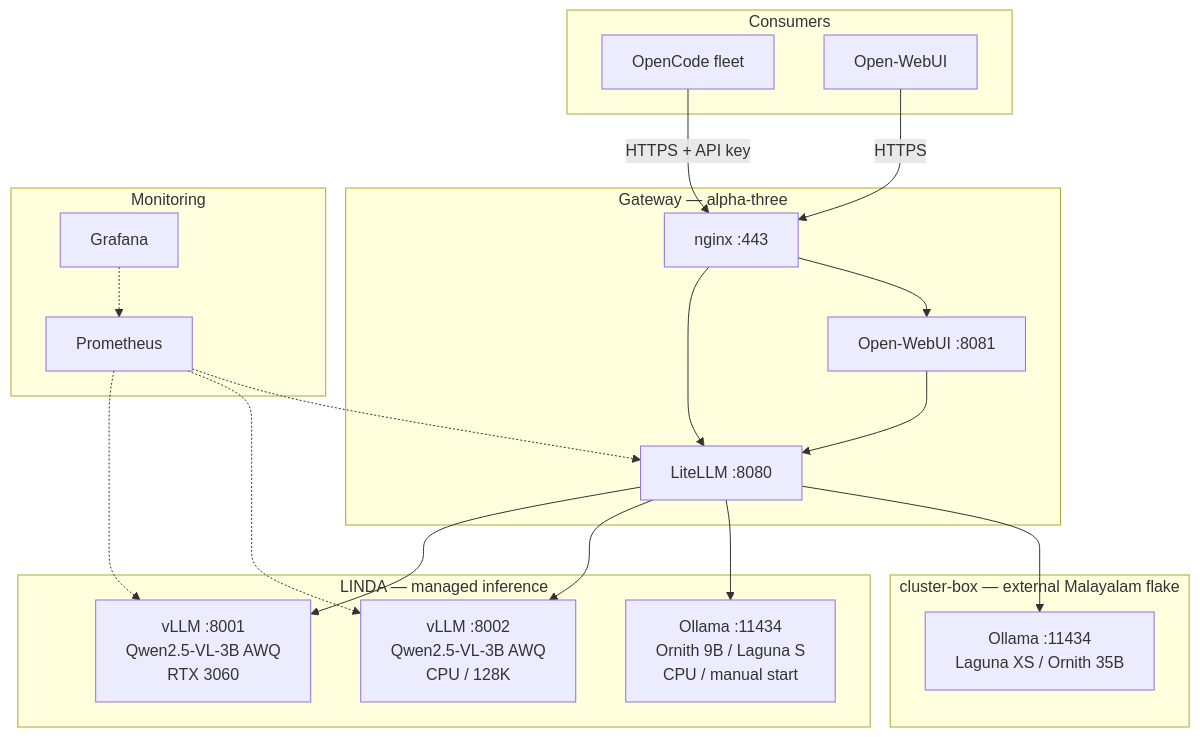
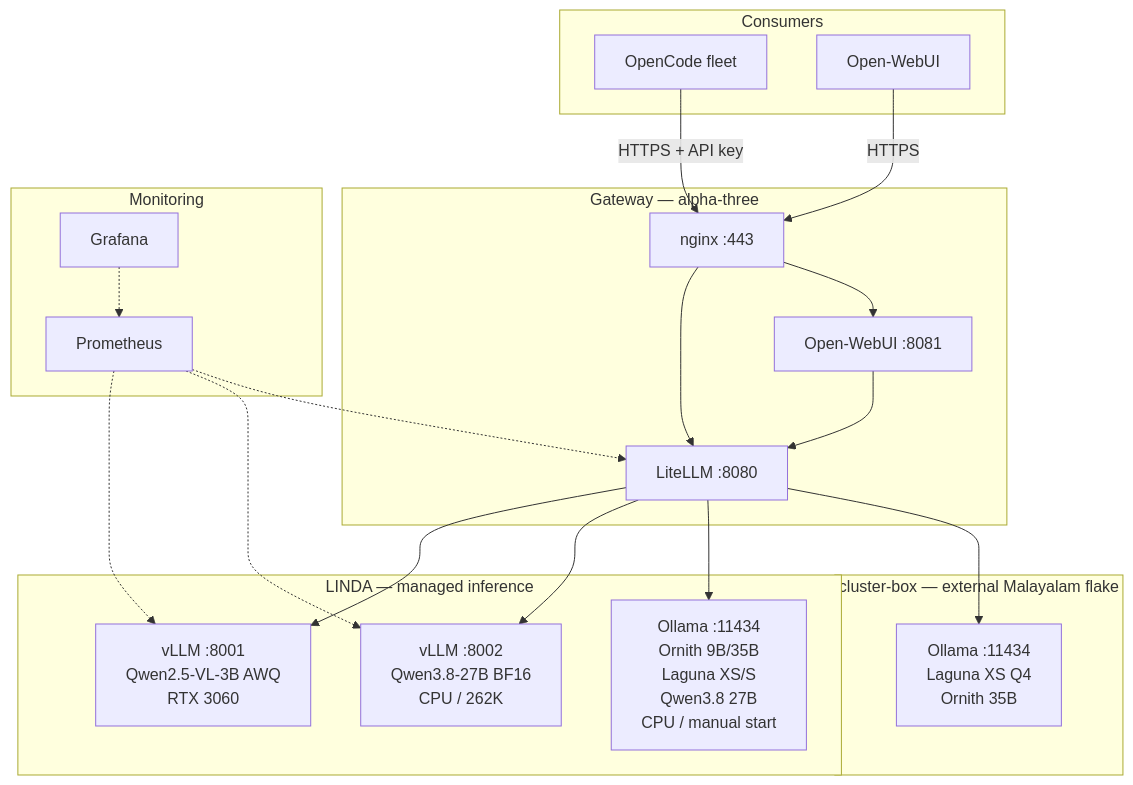
One commit to DarthPJB/NixOS-Configuration changed the diagram in documentation/ai-stack.md. Above: the diagram before and after it, drawn with Mermaid. The commit also changed other lines of this file and 1 other file, not shown here.

````diff
--- a/documentation/ai-stack.md
+++ b/documentation/ai-stack.md
@@ -17,42 +17,42 @@
 ```mermaid
 graph TB
     subgraph Consumers
         FLEET["OpenCode fleet"]
         BROWSER["Open-WebUI"]
     end
 
     subgraph "Gateway — alpha-three"
         NGINX["nginx :443"]
         LITELLM["LiteLLM :8080"]
         WEBUI["Open-WebUI :8081"]
     end
 
     subgraph "LINDA — managed inference"
         GPU["vLLM :8001<br/>Qwen2.5-VL-3B AWQ<br/>RTX 3060"]
-        CPU["vLLM :8002<br/>Qwen2.5-VL-3B AWQ<br/>CPU / 128K"]
-        OLLAMA["Ollama :11434<br/>Ornith 9B / Laguna S<br/>CPU / manual start"]
+        CPU["vLLM :8002<br/>Qwen3.8-27B BF16<br/>CPU / 262K"]
+        OLLAMA["Ollama :11434<br/>Ornith 9B/35B<br/>Laguna XS/S<br/>Qwen3.8 27B<br/>CPU / manual start"]
     end
 
     subgraph "cluster-box — external Malayalam flake"
-        CLUSTER["Ollama :11434<br/>Laguna XS / Ornith 35B"]
+        CLUSTER["Ollama :11434<br/>Laguna XS Q4<br/>Ornith 35B"]
     end
 
     subgraph Monitoring
         PROM["Prometheus"]
         GRAFANA["Grafana"]
     end
 
     FLEET -->|HTTPS + API key| NGINX
     BROWSER -->|HTTPS| NGINX
     NGINX --> LITELLM
     NGINX --> WEBUI
     WEBUI --> LITELLM
     LITELLM --> GPU
     LITELLM --> CPU
     LITELLM --> OLLAMA
     LITELLM --> CLUSTER
     PROM -.-> GPU
     PROM -.-> CPU
     PROM -.-> LITELLM
     GRAFANA -.-> PROM
 ```
````
